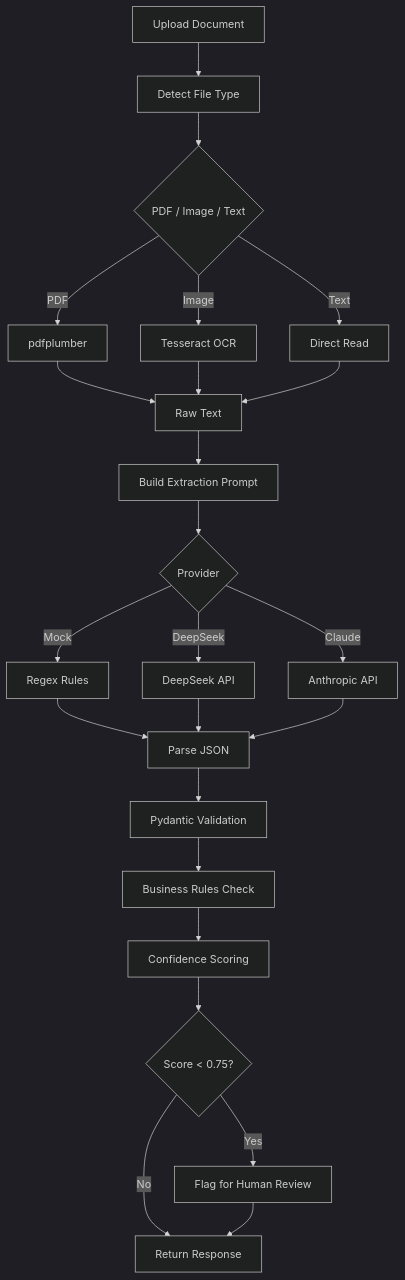
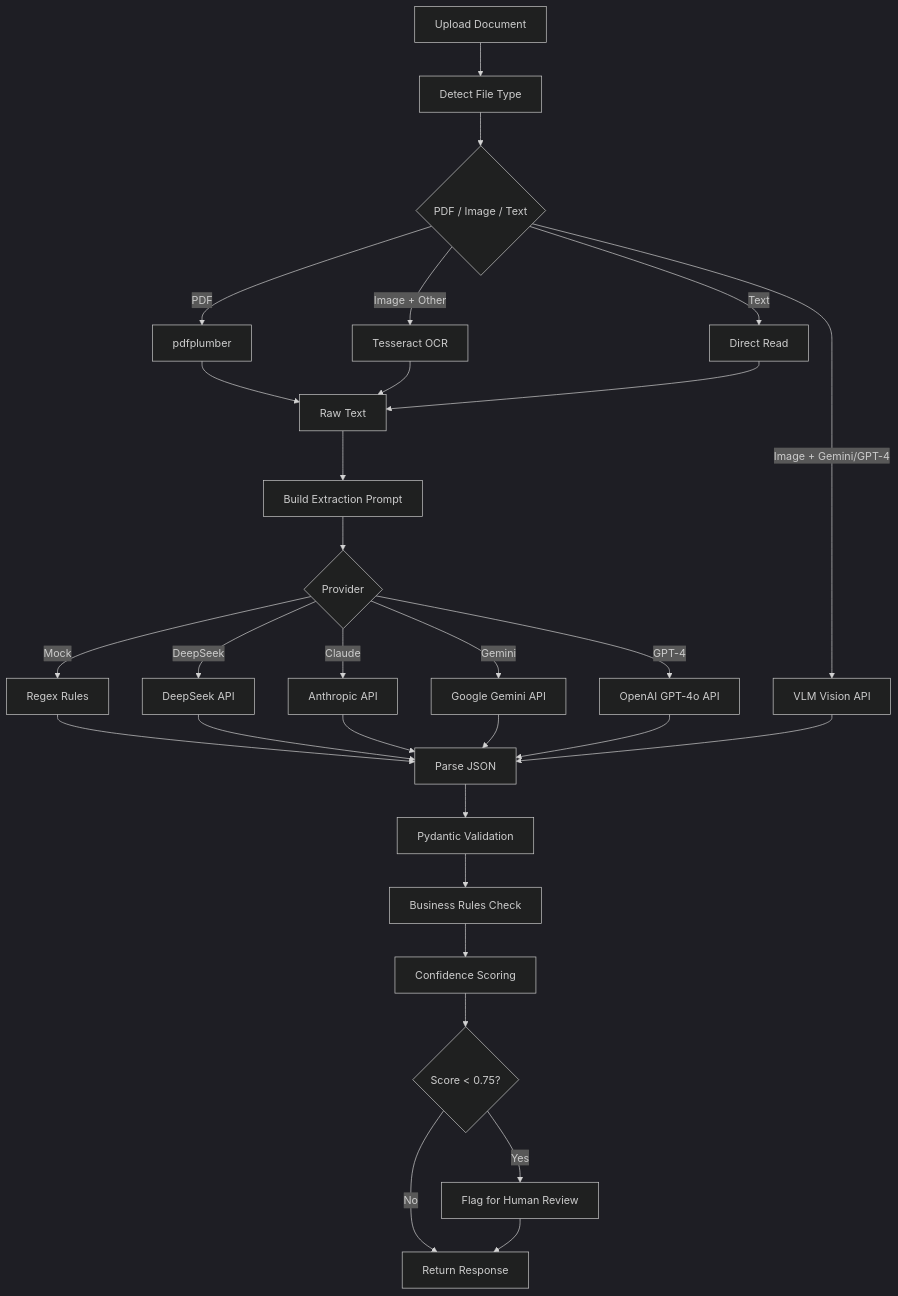
One commit to Boothill2001/vlm-document-extraction-api changed the diagram in README.md. Above: the diagram before and after it, drawn with Mermaid (dark theme). The commit also changed other lines of this file and 11 other files, not shown here.

First line of the commit message:
Add GPT-4 Vision provider, DeepSeek upload screenshots, update README

````diff
--- a/README.md
+++ b/README.md
@@ -11,26 +11,32 @@
 ```mermaid
 flowchart TD
     A[Upload Document] --> B[Detect File Type]
     B --> C{PDF / Image / Text}
     C -->|PDF| D[pdfplumber]
-    C -->|Image| E[Tesseract OCR]
+    C -->|Image + Gemini/GPT-4| V[VLM Vision API]
+    C -->|Image + Other| E[Tesseract OCR]
     C -->|Text| F[Direct Read]
     D --> G[Raw Text]
     E --> G
     F --> G
     G --> H[Build Extraction Prompt]
     H --> I{Provider}
     I -->|Mock| J[Regex Rules]
     I -->|DeepSeek| K[DeepSeek API]
     I -->|Claude| L[Anthropic API]
+    I -->|Gemini| GM[Google Gemini API]
+    I -->|GPT-4| GP[OpenAI GPT-4o API]
     J --> M[Parse JSON]
     K --> M
     L --> M
+    GM --> M
+    GP --> M
+    V --> M
     M --> N[Pydantic Validation]
     N --> O[Business Rules Check]
     O --> P[Confidence Scoring]
     P --> Q{Score < 0.75?}
     Q -->|Yes| R[Flag for Human Review]
     Q -->|No| S[Return Response]
     R --> S
 ```
````
